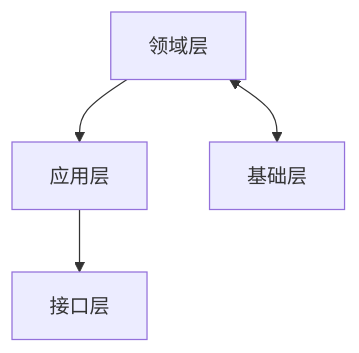
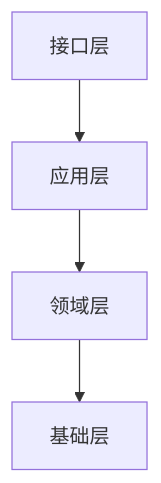
The fourth of 7 diagrams in arch-design.md (0x00t0x7f/misc-notes), drawn with Mermaid before and after one commit. The commit also changed other lines of this file, not shown here.

````diff
--- a/arch-design.md
+++ b/arch-design.md
@@ -147,9 +147,8 @@
 ```mermaid
 graph TD
     A[接口层]
     B[应用层]
     C[领域层]
     D[基础层]
-    C-->B-->A
-    C<-->D
+    A-->B-->C-->D
 ```
````
